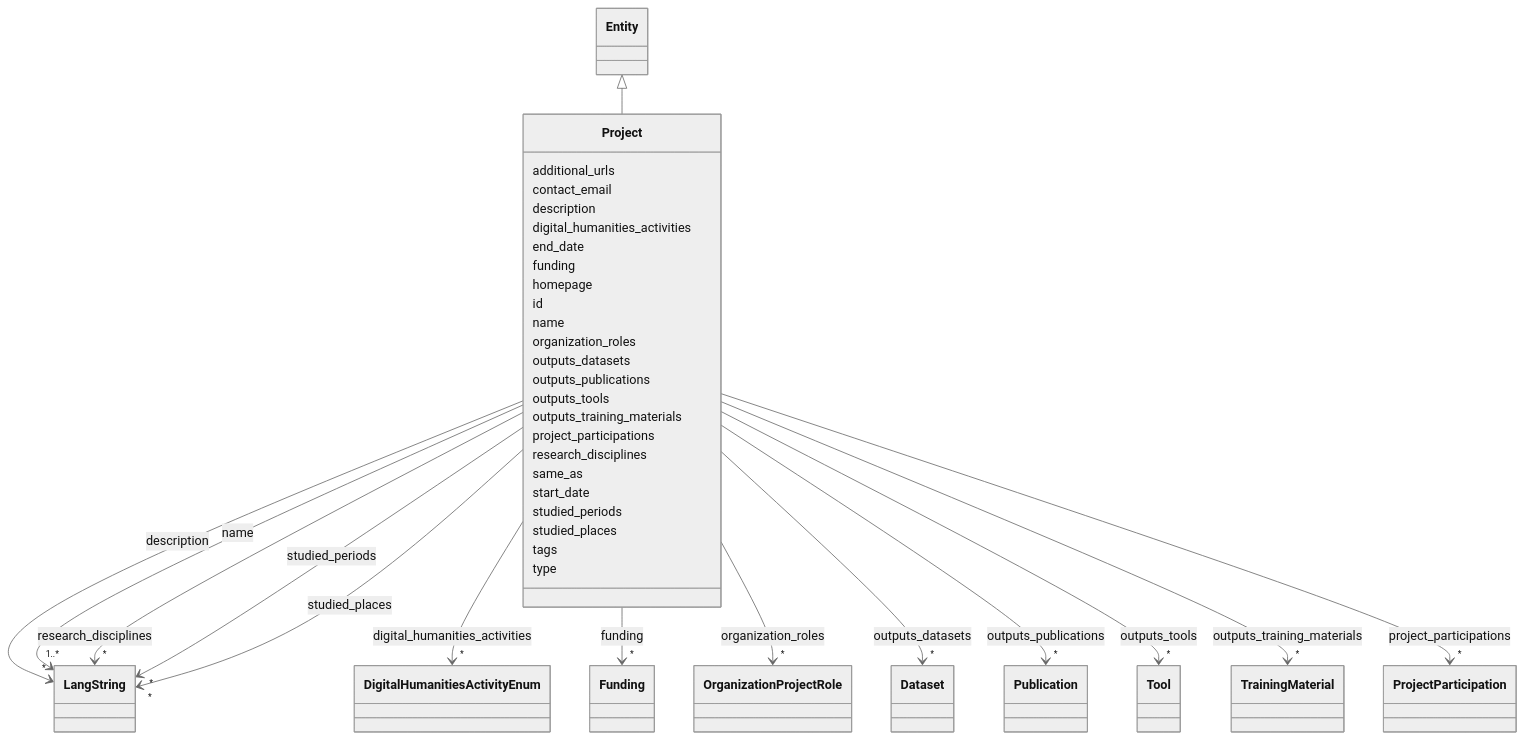
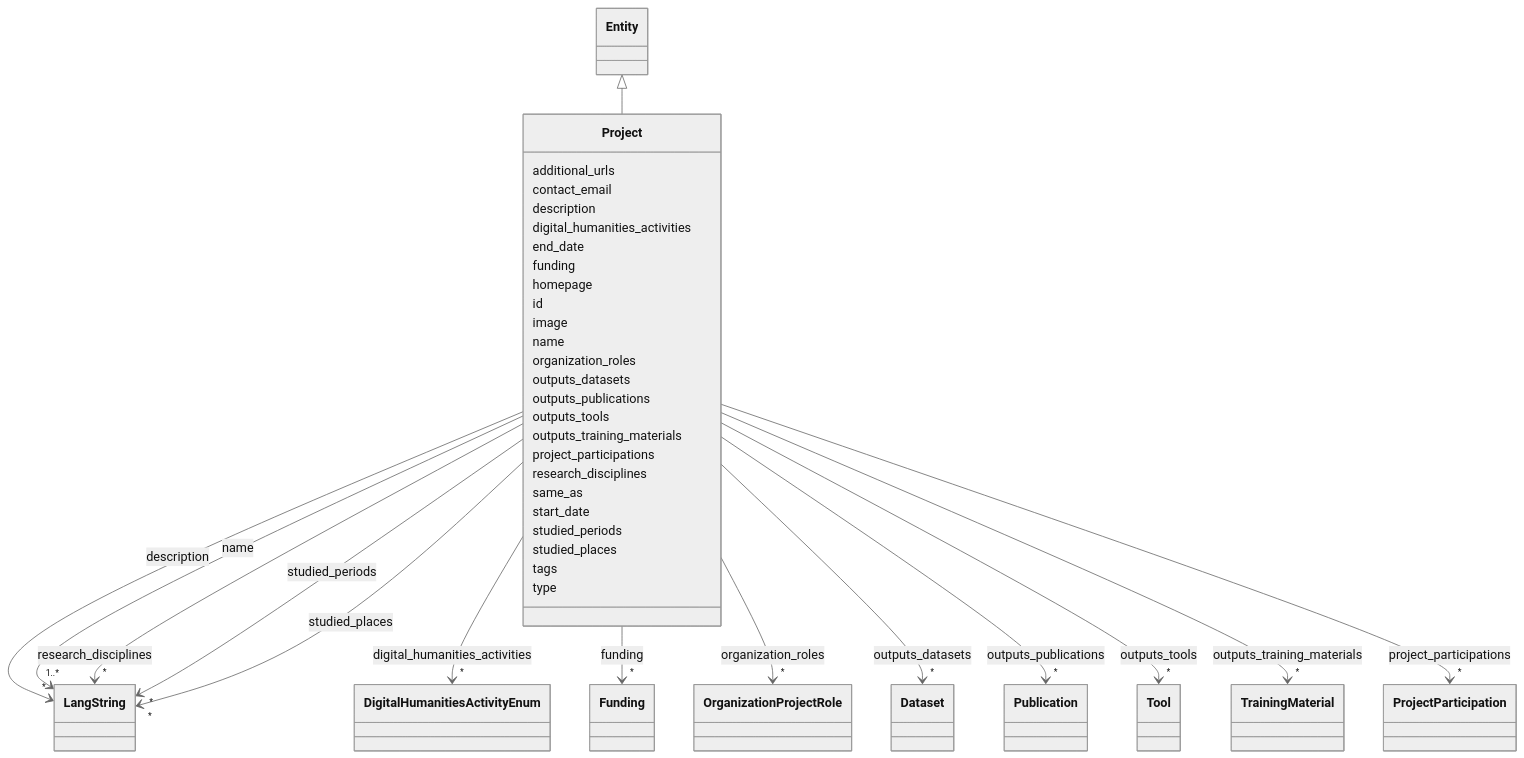
The diagram in docs/classes/Project.md (DARIAH-IL/idhi-manifests), drawn with Mermaid (neutral theme) before and after one commit. The commit also changed other lines of this file and 20 other files, not shown here.

```diff
--- a/docs/classes/Project.md
+++ b/docs/classes/Project.md
@@ -76,6 +76,8 @@
       Project : homepage
         
       Project : id
+        
+      Project : image
         
       Project : name
         
```
